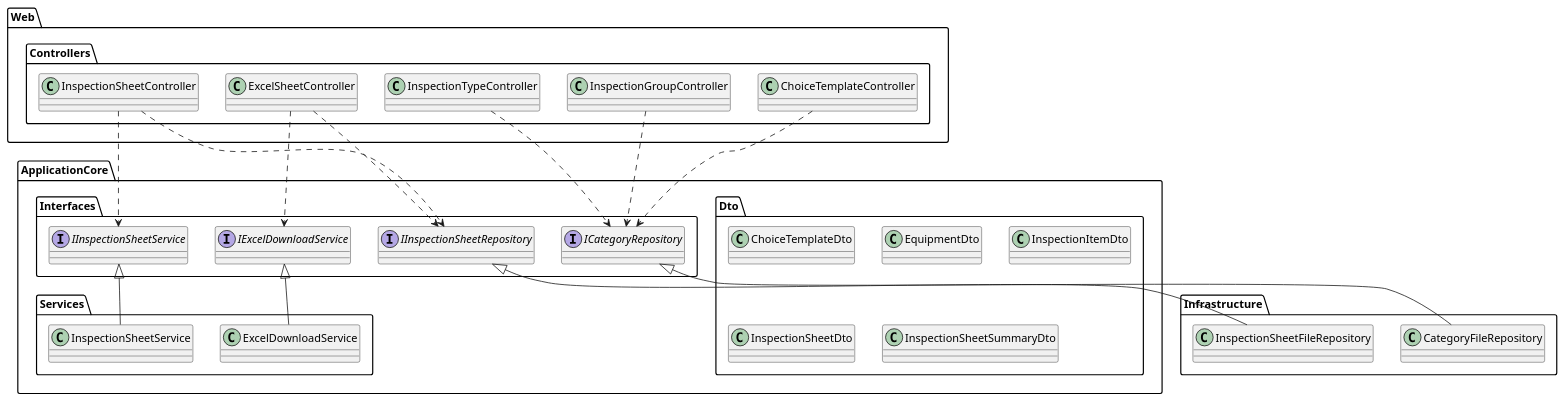
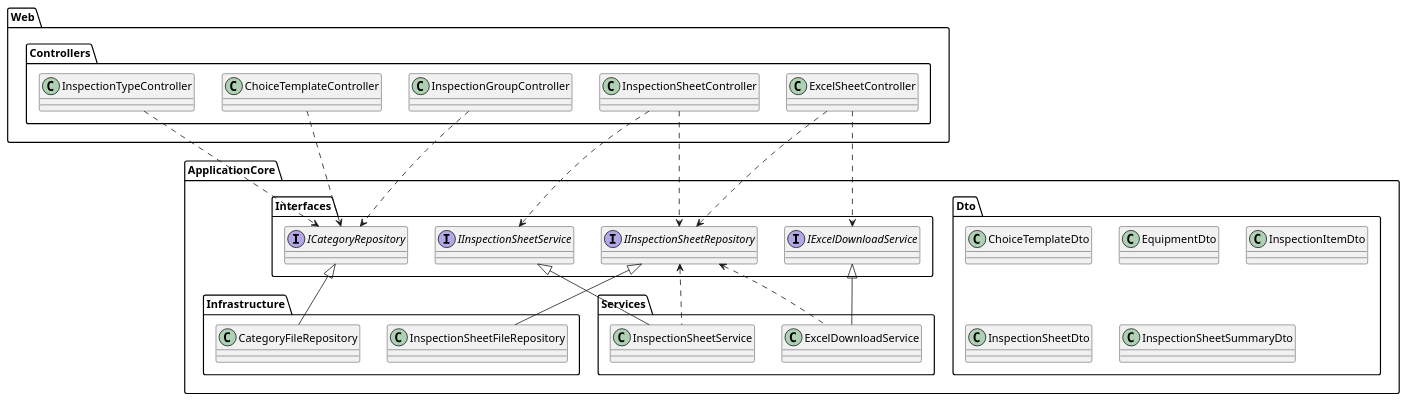
The diagram in docs/class-diagram-server.puml (yasuaki-344/inspection-manager), drawn with PlantUML before and after one commit.

Commit message:
Update class diagram of server

```diff
--- a/docs/class-diagram-server.puml
+++ b/docs/class-diagram-server.puml
@@ -1,46 +1,47 @@
 @startuml class-diagram-client
 package Web.Controllers {
   class ChoiceTemplateController
   class ExcelSheetController
   class InspectionGroupController
   class InspectionSheetController
   class InspectionTypeController
 }
-package ApplicationCore {
-  package Dto {
-    class ChoiceTemplateDto
-    class EquipmentDto
-    class InspectionItemDto
-    class InspectionSheetDto
-    class InspectionSheetSummaryDto
-  }
-  package Interfaces {
-    interface ICategoryRepository
-    interface IExcelDownloadService
-    interface IInspectionSheetRepository
-    interface IInspectionSheetService
-  }
-  package Services {
-    class ExcelDownloadService
-    class InspectionSheetService
-  }
-  IExcelDownloadService <|-- ExcelDownloadService
-  IInspectionSheetService <|-- InspectionSheetService
+package ApplicationCore.Dto {
+  class ChoiceTemplateDto
+  class EquipmentDto
+  class InspectionItemDto
+  class InspectionSheetDto
+  class InspectionSheetSummaryDto
 }
-package Infrastructure {
+package ApplicationCore.Interfaces {
+  interface ICategoryRepository
+  interface IExcelDownloadService
+  interface IInspectionSheetRepository
+  interface IInspectionSheetService
+}
+package ApplicationCore.Services {
+  class ExcelDownloadService
+  class InspectionSheetService
+}
+IExcelDownloadService <|-- ExcelDownloadService
+IInspectionSheetService <|-- InspectionSheetService
+
+package ApplicationCore.Infrastructure {
   class CategoryFileRepository
   class InspectionSheetFileRepository
 }
 ICategoryRepository <|-- CategoryFileRepository
 IInspectionSheetRepository <|-- InspectionSheetFileRepository
+IInspectionSheetRepository <.. InspectionSheetService
+IInspectionSheetRepository <.. ExcelDownloadService
 
 ChoiceTemplateController ..> ICategoryRepository
 ExcelSheetController ..> IInspectionSheetRepository
 ExcelSheetController ..> IExcelDownloadService
 InspectionGroupController ..> ICategoryRepository
 InspectionSheetController ..> IInspectionSheetRepository
 InspectionSheetController ..> IInspectionSheetService
 InspectionTypeController ..> ICategoryRepository
 
 
 @enduml
```
